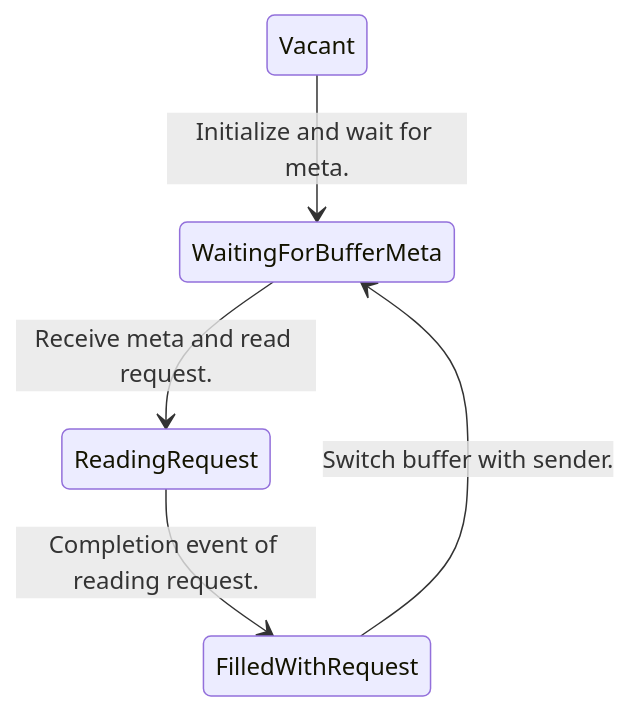
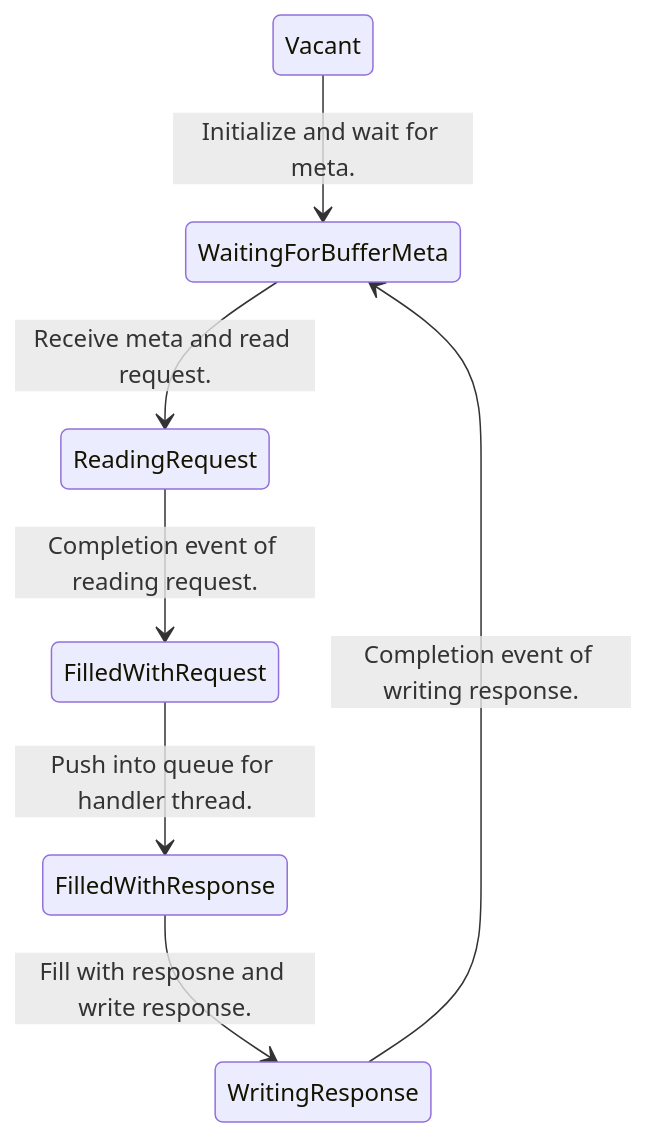
The third of 3 diagrams in readme.md (PDSL-DPU-KV/rdma-based-rpc), drawn with Mermaid before and after one commit. The commit also changed other lines of this file, not shown here.

````diff
--- a/readme.md
+++ b/readme.md
@@ -85,7 +83,9 @@
 ```mermaid
 stateDiagram
     Vacant --> WaitingForBufferMeta: Initialize and wait for meta.
     WaitingForBufferMeta --> ReadingRequest: Receive meta and read request.
     ReadingRequest --> FilledWithRequest: Completion event of reading request.
-    FilledWithRequest --> WaitingForBufferMeta: Switch buffer with sender.
+    FilledWithRequest --> FilledWithResponse: Push into queue for handler thread.
+    FilledWithResponse --> WritingResponse: Fill with resposne and write response.
+    WritingResponse --> WaitingForBufferMeta: Completion event of writing response.
 ```
````
